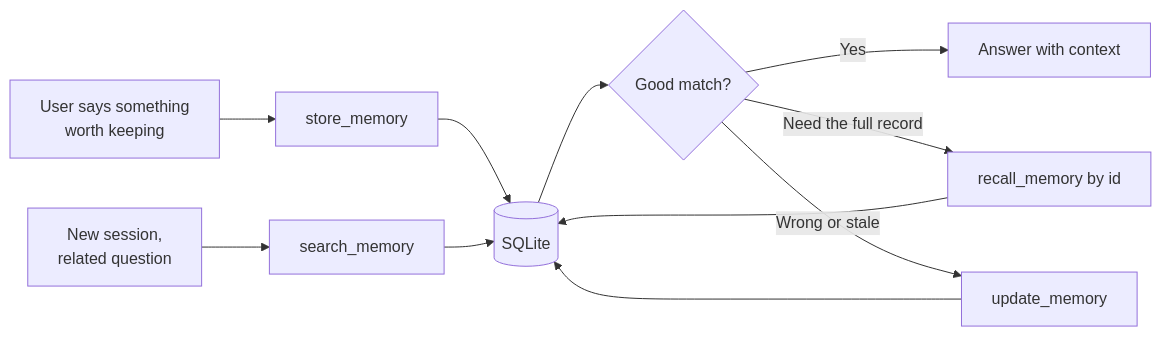
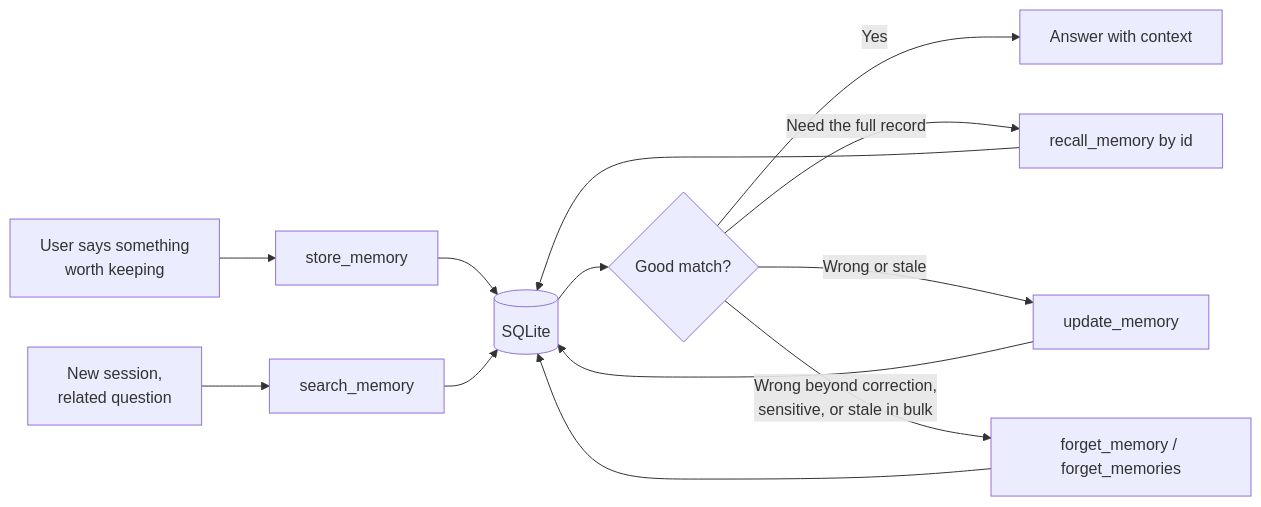
One commit to OpenAgentHQ/localmem-mcp changed the diagram in docs/guide/mcp-tools.md. Above: the diagram before and after it, drawn with Mermaid. The commit also changed other lines of this file and 8 other files, not shown here.

Commit message:
Add forget tools to delete memories by id, tag, or age

````diff
--- a/docs/guide/mcp-tools.md
+++ b/docs/guide/mcp-tools.md
@@ -227,13 +300,15 @@
 ```mermaid
 flowchart LR
     A[User says something<br/>worth keeping] --> B[store_memory]
     B --> C[(SQLite)]
     D[New session,<br/>related question] --> E[search_memory]
     E --> C
     C --> F{Good match?}
     F -->|Yes| G[Answer with context]
     F -->|Need the full record| H[recall_memory by id]
     H --> C
     F -->|Wrong or stale| I[update_memory]
     I --> C
+    F -->|Wrong beyond correction,<br/>sensitive, or stale in bulk| J[forget_memory / forget_memories]
+    J --> C
 ```
````
